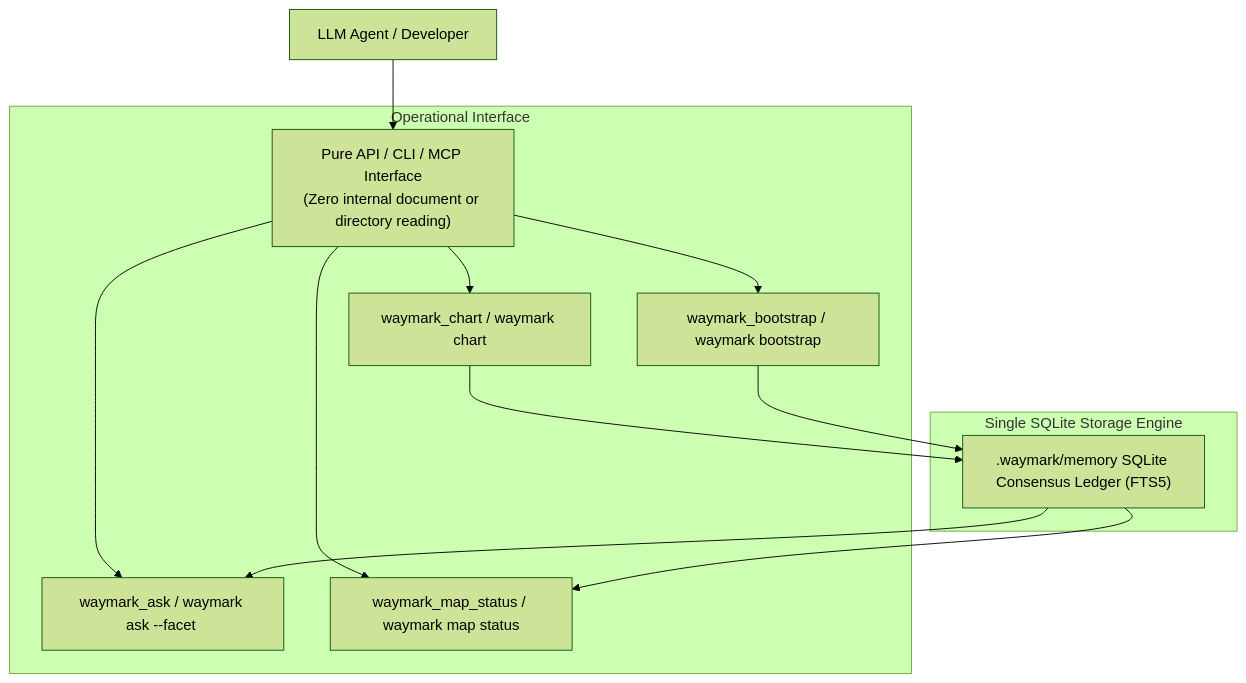
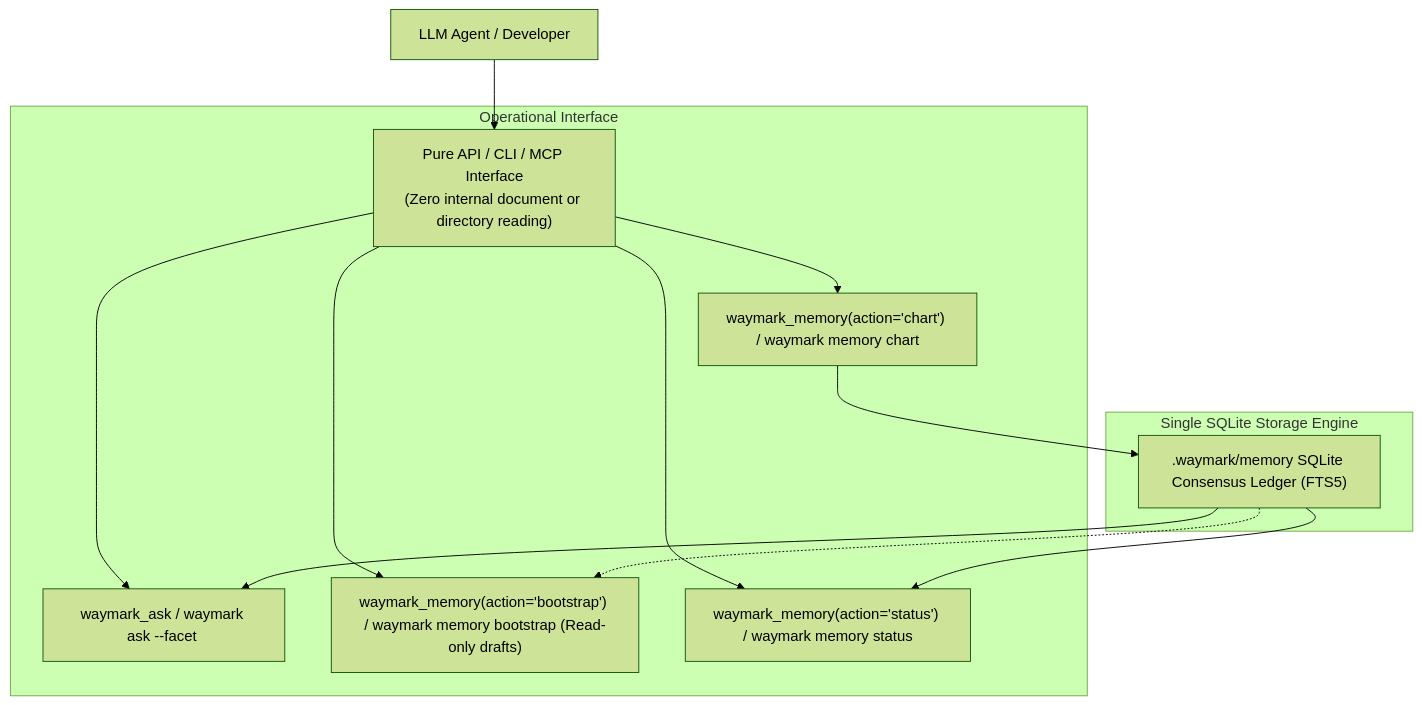
Before and after one commit to paragon-ux/waymark-engine: the diagram in spec/semantic-repo-map.md, drawn with Mermaid (forest theme). The commit also changed other lines of this file and 12 other files, not shown here.

````diff
--- a/spec/semantic-repo-map.md
+++ b/spec/semantic-repo-map.md
@@ -97,18 +97,18 @@
 ```mermaid
 flowchart TD
     Agent["LLM Agent / Developer"] --> Interface["Pure API / CLI / MCP Interface<br>(Zero internal document or directory reading)"]
     
     subgraph Operational Interface
         Interface --> ToolAsk["waymark_ask / waymark ask --facet <f>"]
-        Interface --> ToolChart["waymark_chart / waymark chart"]
-        Interface --> ToolBootstrap["waymark_bootstrap / waymark bootstrap"]
-        Interface --> ToolStatus["waymark_map_status / waymark map status"]
+        Interface --> ToolChart["waymark_memory(action='chart') / waymark memory chart"]
+        Interface --> ToolBootstrap["waymark_memory(action='bootstrap') / waymark memory bootstrap (Read-only drafts)"]
+        Interface --> ToolStatus["waymark_memory(action='status') / waymark memory status"]
     end
     
     subgraph Single SQLite Storage Engine
         ToolChart --> SQLite[".waymark/memory SQLite Consensus Ledger (FTS5)"]
-        ToolBootstrap --> SQLite
         SQLite --> ToolAsk
         SQLite --> ToolStatus
+        SQLite -.-> ToolBootstrap
     end
 ```
````
